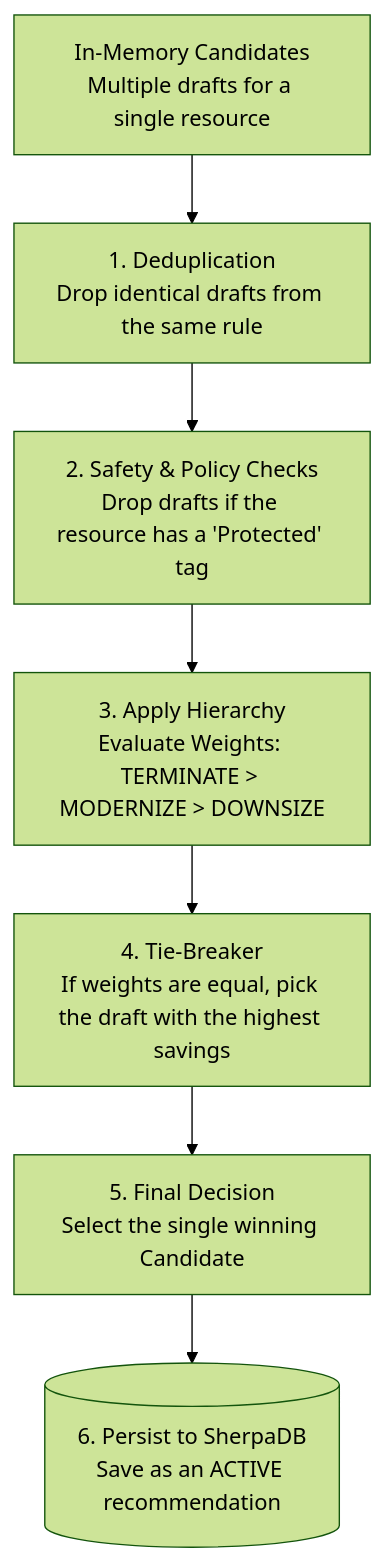
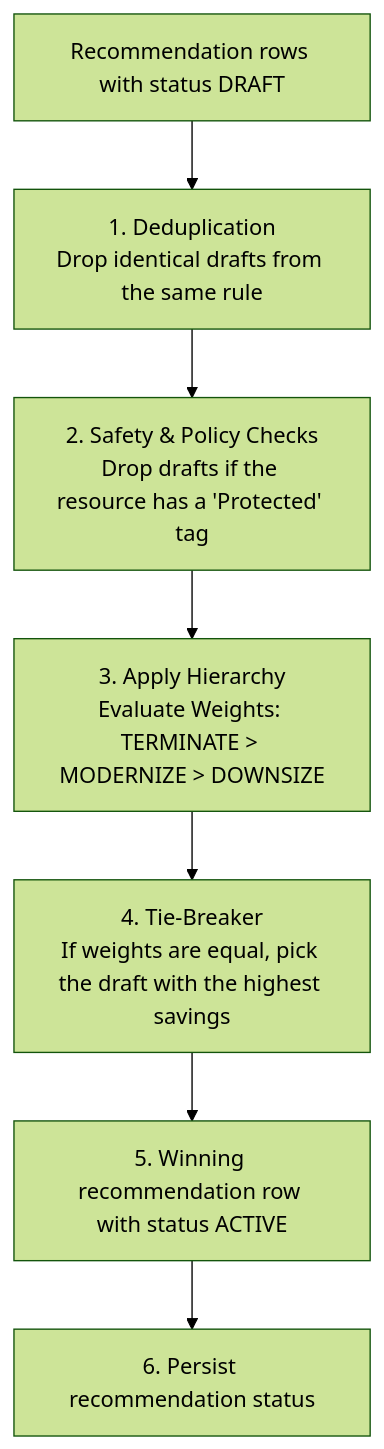
One commit to COS301-SE-2026/CloudSherpa changed the second of 4 diagrams in docs/services/optimization-recommendation.md. Above: the diagram before and after it, drawn with Mermaid (forest theme). The commit also changed other lines of this file, not shown here.

````diff
--- a/docs/services/optimization-recommendation.md
+++ b/docs/services/optimization-recommendation.md
@@ -179,23 +179,23 @@
 ```mermaid
 flowchart TD
-    CANDIDATES[In-Memory Candidates\nMultiple drafts for a single resource]
+    CANDIDATES[Recommendation rows with status DRAFT]
     
     DEDUPE[1. Deduplication\nDrop identical drafts from the same rule]
     
     SAFETY[2. Safety & Policy Checks\nDrop drafts if the resource has a 'Protected' tag]
     
     HIERARCHY[3. Apply Hierarchy\nEvaluate Weights: TERMINATE > MODERNIZE > DOWNSIZE]
     
     SAVINGS[4. Tie-Breaker\nIf weights are equal, pick the draft with the highest savings]
     
-    FINAL[5. Final Decision\nSelect the single winning Candidate]
+    FINAL[5. Winning recommendation row with status ACTIVE]
     
-    PERSIST[(6. Persist to SherpaDB\nSave as an ACTIVE recommendation)]
+    PERSIST[6. Persist recommendation status]
 
     CANDIDATES --> DEDUPE
     DEDUPE --> SAFETY
     SAFETY --> HIERARCHY
     HIERARCHY --> SAVINGS
     SAVINGS --> FINAL
     FINAL --> PERSIST
 ```
````
